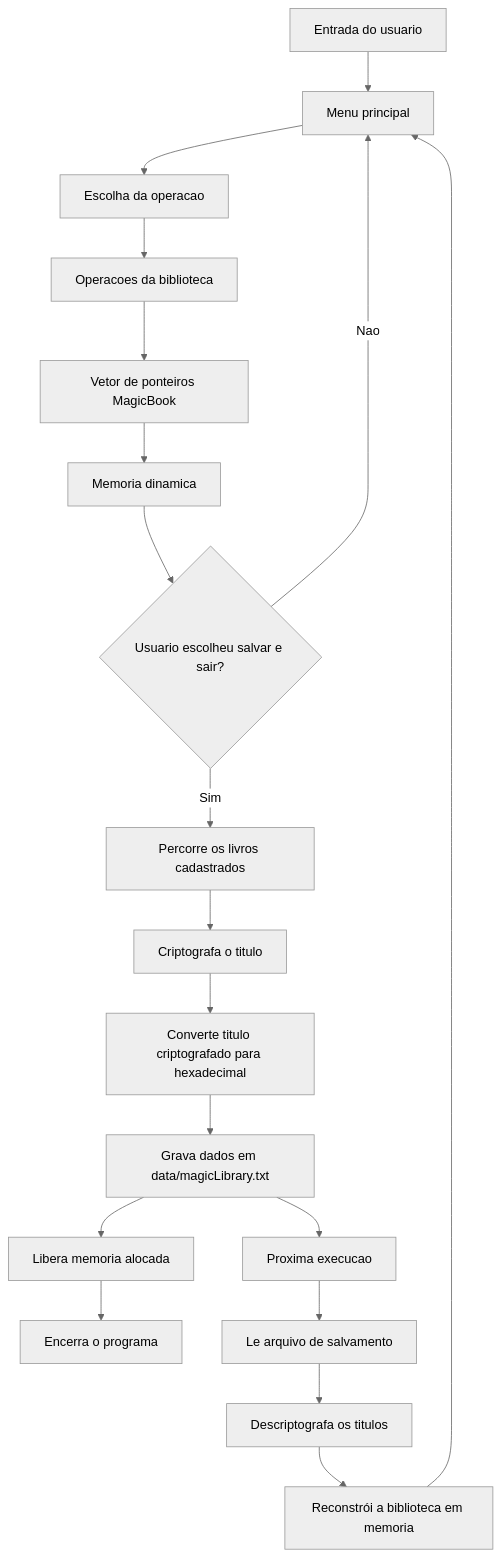
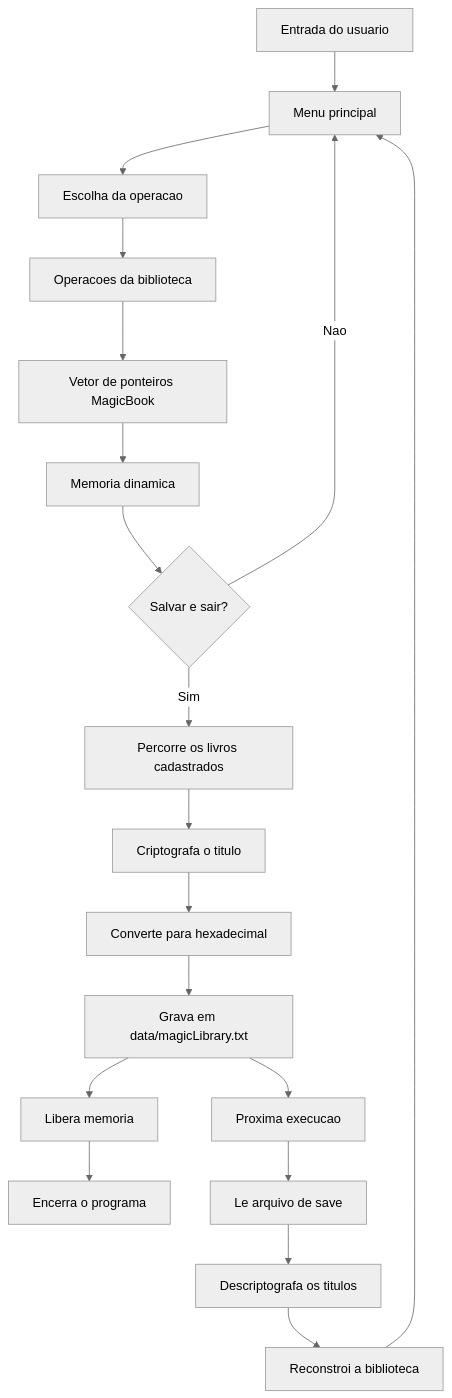
One commit to Euosaullo/mini-projeto-ip-magic-library changed the diagram in README.md. Above: the diagram before and after it, drawn with Mermaid (neutral theme). The commit also changed other lines of this file, not shown here.

````diff
--- a/README.md
+++ b/README.md
@@ -273,24 +285,24 @@
 ```mermaid
 flowchart TD
     A["Entrada do usuario"] --> B["Menu principal"]
     B --> C["Escolha da operacao"]
     C --> D["Operacoes da biblioteca"]
     D --> E["Vetor de ponteiros MagicBook"]
     E --> F["Memoria dinamica"]
 
-    F --> G{"Usuario escolheu salvar e sair?"}
+    F --> G{"Salvar e sair?"}
 
     G -- "Nao" --> B
     G -- "Sim" --> H["Percorre os livros cadastrados"]
     H --> I["Criptografa o titulo"]
-    I --> J["Converte titulo criptografado para hexadecimal"]
-    J --> K["Grava dados em data/magicLibrary.txt"]
-    K --> L["Libera memoria alocada"]
+    I --> J["Converte para hexadecimal"]
+    J --> K["Grava em data/magicLibrary.txt"]
+    K --> L["Libera memoria"]
     L --> M["Encerra o programa"]
 
     K --> N["Proxima execucao"]
-    N --> O["Le arquivo de salvamento"]
+    N --> O["Le arquivo de save"]
     O --> P["Descriptografa os titulos"]
-    P --> Q["Reconstrói a biblioteca em memoria"]
+    P --> Q["Reconstroi a biblioteca"]
     Q --> B
 ```
````
